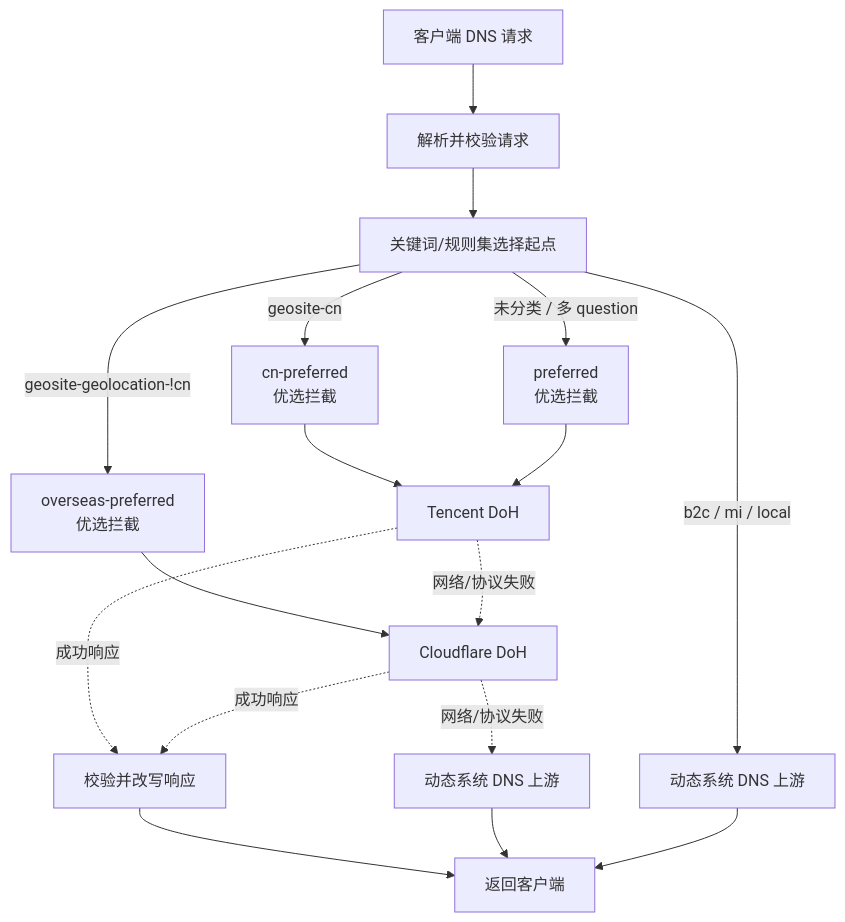
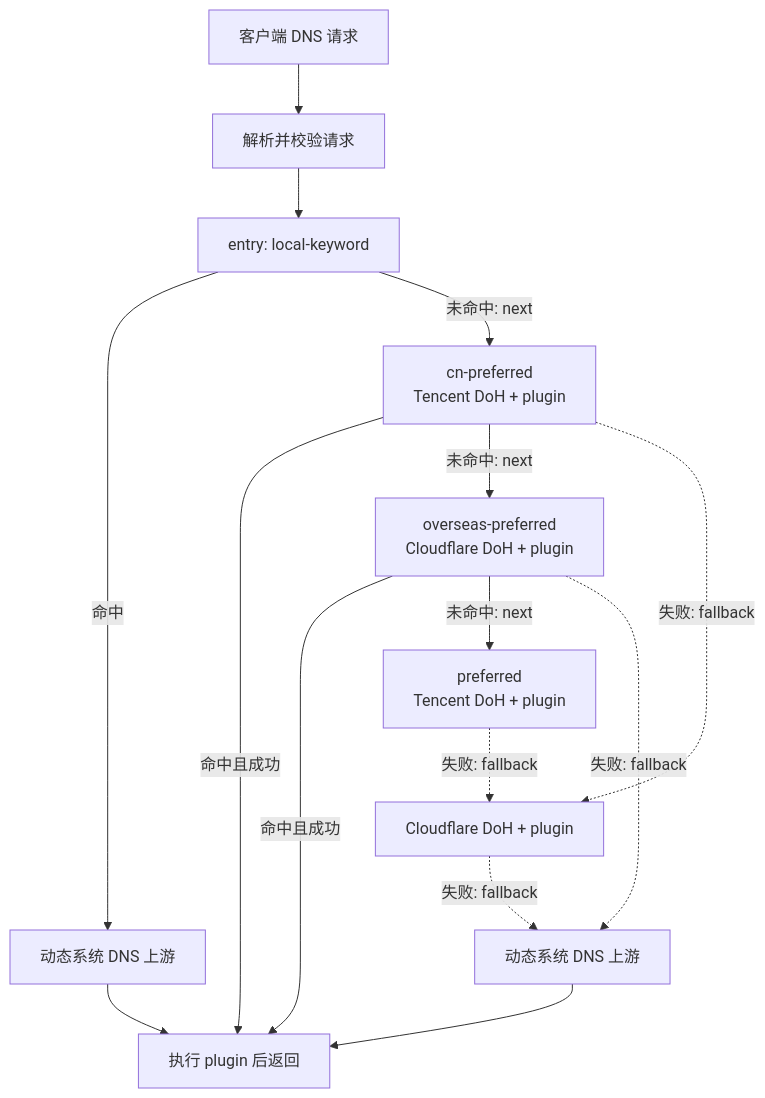
The diagram in docs/zh/architecture.md (Fuxx-1/EdgeSteer), drawn with Mermaid before and after one commit. The commit also changed other lines of this file and 15 other files, not shown here.

Commit message:
Refactor DNS layers around a single entry

````diff
--- a/docs/zh/architecture.md
+++ b/docs/zh/architecture.md
@@ -9,19 +9,17 @@
 ```mermaid
 flowchart TB
     C["客户端 DNS 请求"] --> P["解析并校验请求"]
-    P --> R["关键词/规则集选择起点"]
-    R -->|"b2c / mi / local"| K["动态系统 DNS 上游"]
-    R -->|"geosite-cn"| CN["cn-preferred<br/>优选拦截"]
-    R -->|"geosite-geolocation-!cn"| OS["overseas-preferred<br/>优选拦截"]
-    R -->|"未分类 / 多 question"| DF["preferred<br/>优选拦截"]
-    CN --> T["Tencent DoH"]
-    DF --> T
-    OS --> D["Cloudflare DoH"]
-    T -. "网络/协议失败" .-> D
-    D -. "网络/协议失败" .-> L["动态系统 DNS 上游"]
-    T -. "成功响应" .-> W["校验并改写响应"]
-    D -. "成功响应" .-> W
-    W --> O["返回客户端"]
+    P --> E["entry: local-keyword"]
+    E -->|"命中"| K["动态系统 DNS 上游"]
+    E -->|"未命中: next"| CN["cn-preferred<br/>Tencent DoH + plugin"]
+    CN -->|"命中且成功"| O["执行 plugin 后返回"]
+    CN -->|"未命中: next"| OS["overseas-preferred<br/>Cloudflare DoH + plugin"]
+    CN -. "失败: fallback" .-> D["Cloudflare DoH + plugin"]
+    OS -->|"命中且成功"| O
+    OS -->|"未命中: next"| DF["preferred<br/>Tencent DoH + plugin"]
+    OS -. "失败: fallback" .-> L["动态系统 DNS 上游"]
+    DF -. "失败: fallback" .-> D
+    D -. "失败: fallback" .-> L
+    K --> O
     L --> O
-    K --> O
 ```
````
